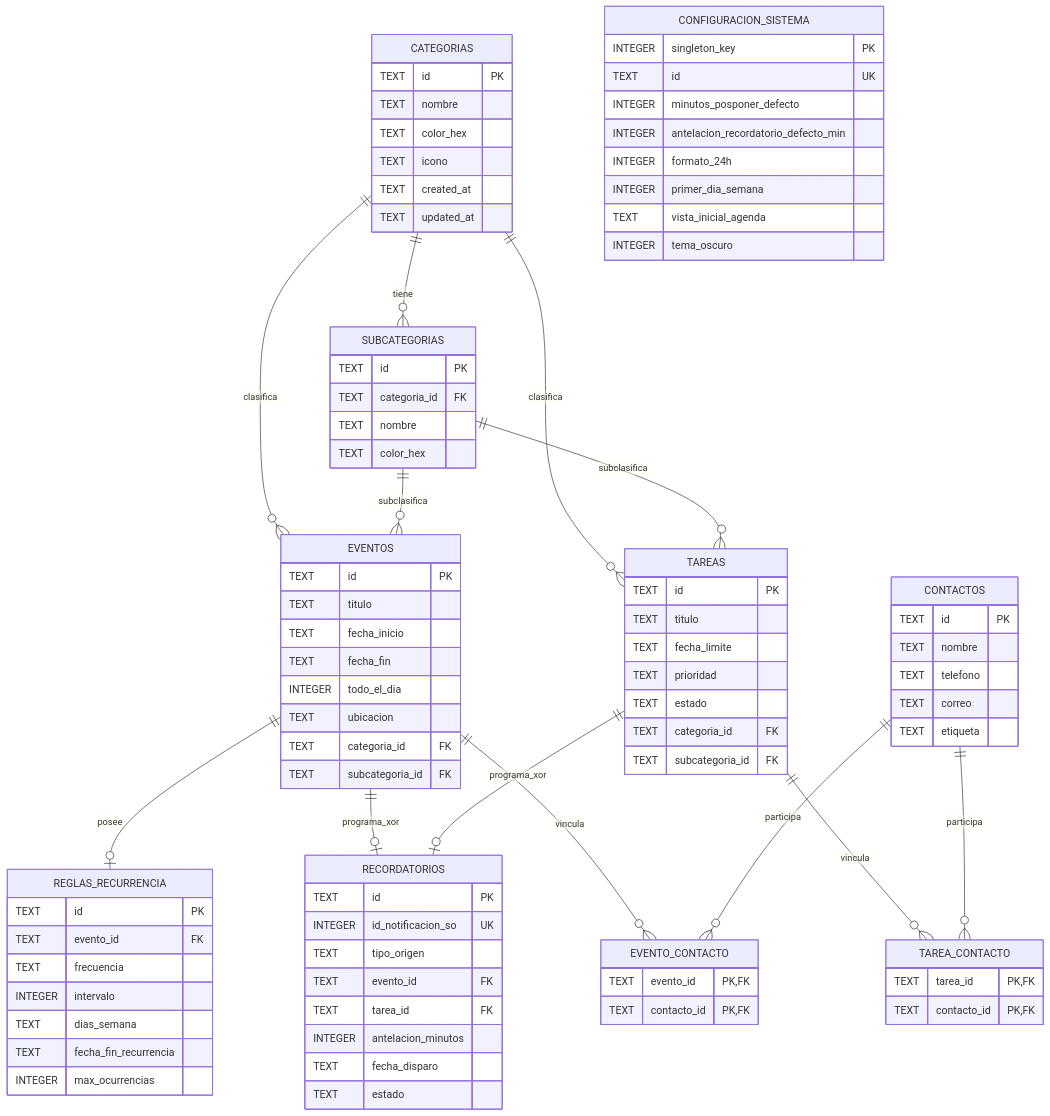
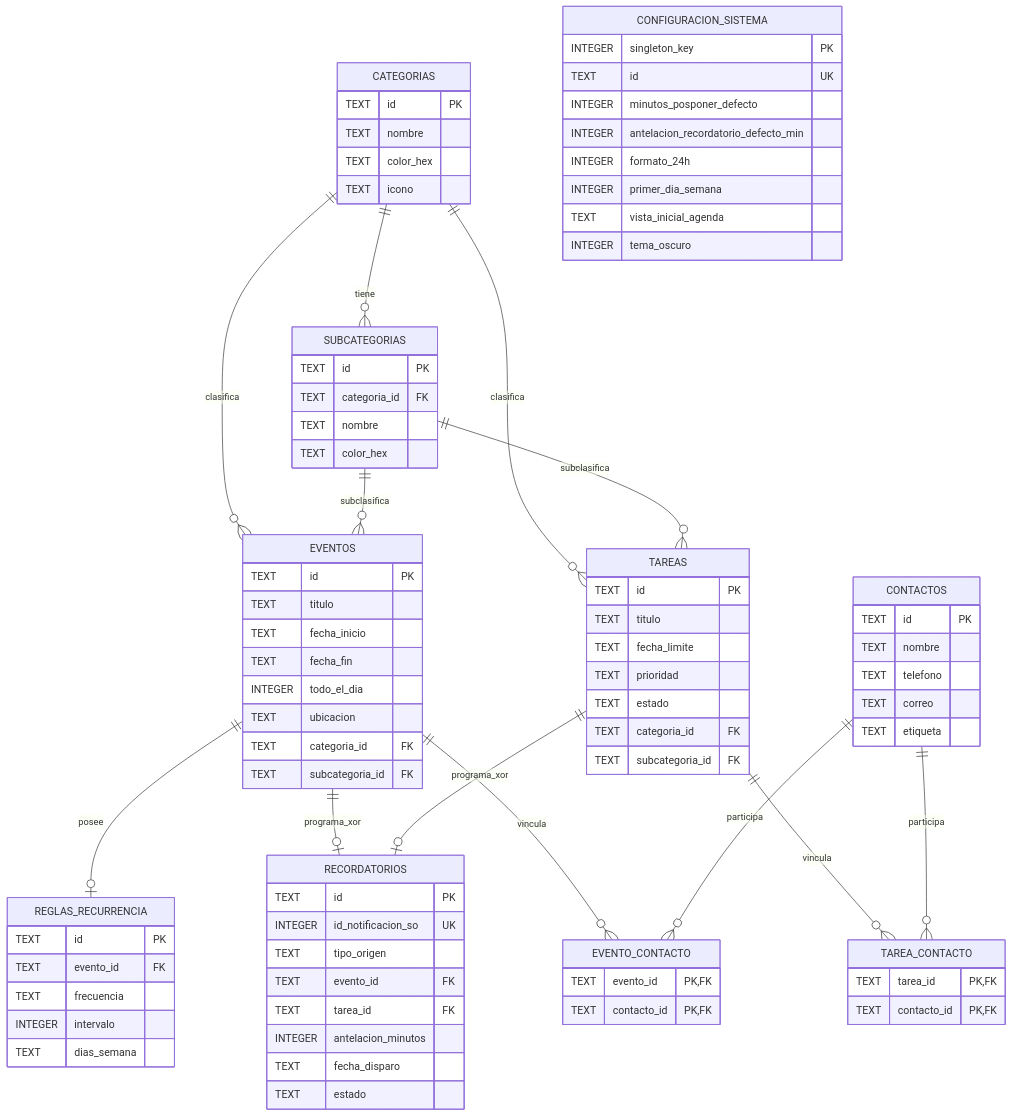
The second of 2 diagrams in docs/reporte_proyecto.md (JoelCOsorio/Agenda-Personal), drawn with Mermaid before and after one commit. The commit also changed other lines of this file, not shown here.

```diff
--- a/docs/reporte_proyecto.md
+++ b/docs/reporte_proyecto.md
@@ -411,8 +158,6 @@
         TEXT nombre
         TEXT color_hex
         TEXT icono
-        TEXT created_at
-        TEXT updated_at
     }
     SUBCATEGORIAS {
         TEXT id PK
@@ -436,8 +181,6 @@
         TEXT frecuencia
         INTEGER intervalo
         TEXT dias_semana
-        TEXT fecha_fin_recurrencia
-        INTEGER max_ocurrencias
     }
     TAREAS {
         TEXT id PK
```
